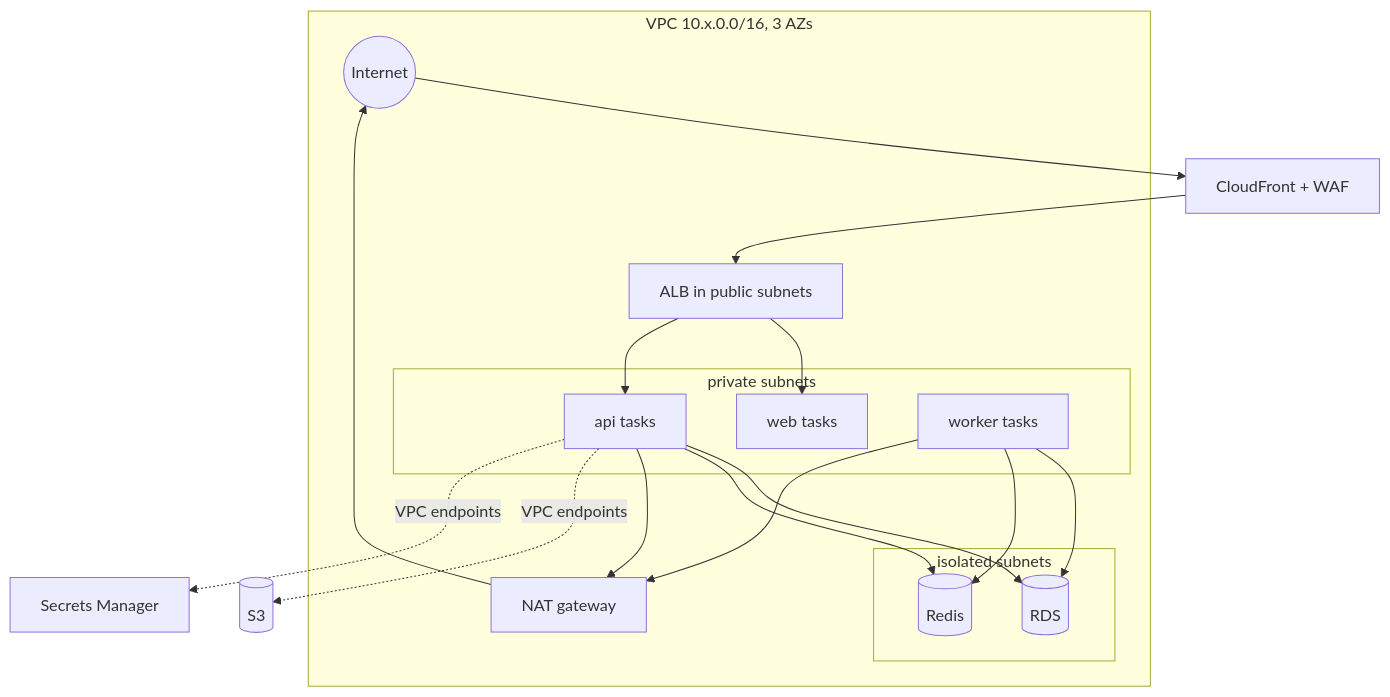
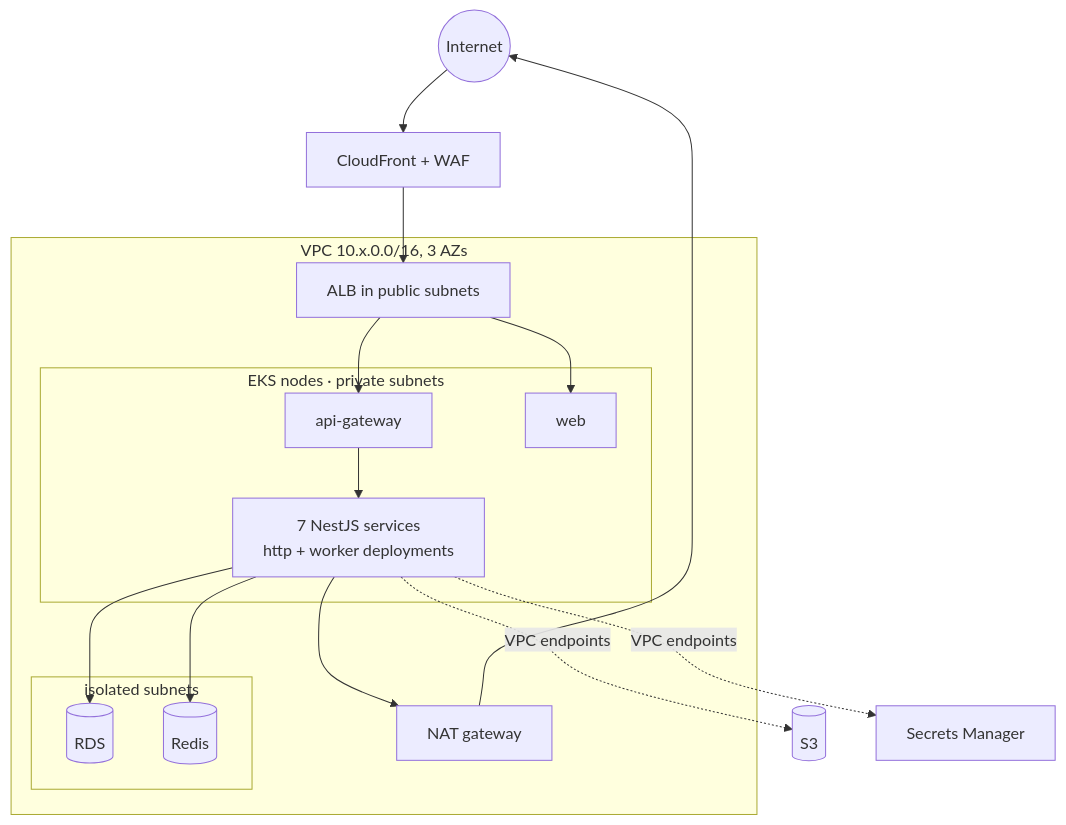
Before and after one commit to master-node1/theauracoach: the first of 2 diagrams in docs/architecture/deployment-architecture.md, drawn with Mermaid. The commit also changed other lines of this file and 37 other files, not shown here.

````diff
--- a/docs/architecture/deployment-architecture.md
+++ b/docs/architecture/deployment-architecture.md
@@ -16,25 +31,26 @@
 ```mermaid
 flowchart TB
   inet((Internet)) --> cf[CloudFront + WAF]
   cf --> alb[ALB in public subnets]
   subgraph vpc["VPC 10.x.0.0/16, 3 AZs"]
-    alb --> webt[web tasks]
-    alb --> apit[api tasks]
-    wkt[worker tasks]
-    subgraph priv["private subnets"]
-      webt
-      apit
-      wkt
+    subgraph eks["EKS nodes · private subnets"]
+      gw[api-gateway]
+      webt[web]
+      svcs[7 NestJS services<br/>http + worker deployments]
     end
     subgraph iso["isolated subnets"]
       rds[(RDS)]
       redis[(Redis)]
     end
-    apit --> rds & redis
-    wkt --> rds & redis
-    nat[NAT gateway] --> inet
-    apit --> nat
-    wkt --> nat
+    alb --> gw
+    alb --> webt
+    gw --> svcs
+    svcs --> rds
+    svcs --> redis
+    nat[NAT gateway]
+    svcs --> nat
   end
-  apit -. VPC endpoints .-> s3[(S3)] & sm[Secrets Manager]
+  nat --> inet
+  svcs -. VPC endpoints .-> s3[(S3)]
+  svcs -. VPC endpoints .-> sm[Secrets Manager]
 ```
````
